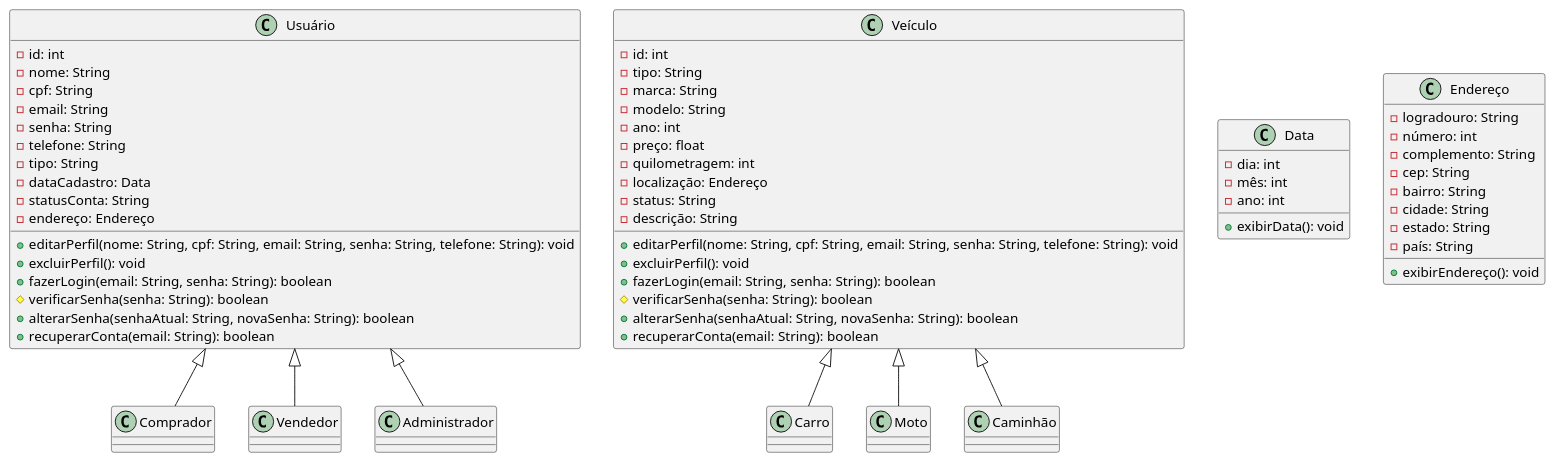
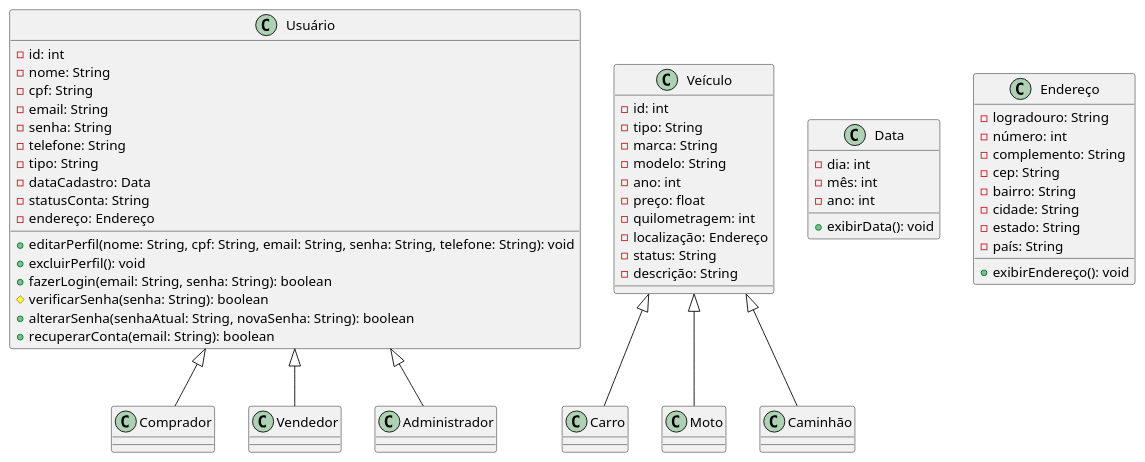
The diagram in classes.md (guilhermeoliveirateo/sistema-compra-venda-veiculos), drawn with PlantUML before and after one commit.

```diff
--- a/classes.md
+++ b/classes.md
@@ -58,13 +58,6 @@
 -status: String
 -descrição: String
 
-+editarPerfil(nome: String, cpf: String, email: String, senha: String, telefone: String): void
-+excluirPerfil(): void
-+fazerLogin(email: String, senha: String): boolean
-#verificarSenha(senha: String): boolean
-+alterarSenha(senhaAtual: String, novaSenha: String): boolean
-+recuperarConta(email: String): boolean
-
 }
 
 class Carro {
```
